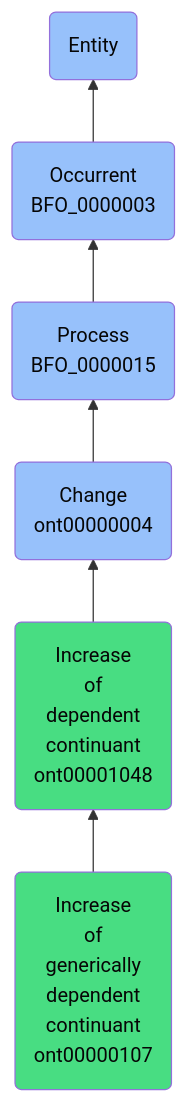
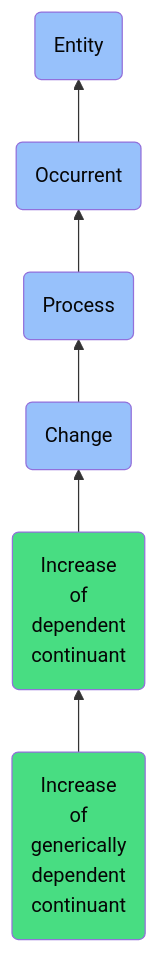
Before and after one commit to jupyter-naas/abi: the diagram in docs/ontology/reference/model/Entity/Occurrent/Process/Change/Increase of dependent continuant/Increase of generically dependent continuant/Increase of generically dependent continuant.md, drawn with Mermaid. The commit also changed other lines of this file and 1430 other files, not shown here.

````diff
--- a/docs/ontology/reference/model/Entity/Occurrent/Process/Change/Increase of dependent continuant/Increase of generically dependent continuant/Increase of generically dependent continuant.md
+++ b/docs/ontology/reference/model/Entity/Occurrent/Process/Change/Increase of dependent continuant/Increase of generically dependent continuant/Increase of generically dependent continuant.md
@@ -24,13 +24,13 @@
 ```mermaid
 graph BT
-    ont00000107(Increase<br>of<br>generically<br>dependent<br>continuant<br>ont00000107):::ABI-->ont00001048
-    ont00001048(Increase<br>of<br>dependent<br>continuant<br>ont00001048):::ABI-->ont00000004
-    ont00000004(Change<br>ont00000004):::BFO-->BFO_0000015
-    BFO_0000015(Process<br>BFO_0000015):::BFO-->BFO_0000003
-    BFO_0000003(Occurrent<br>BFO_0000003):::BFO-->BFO_0000001
+    ont00000107(Increase<br>of<br>generically<br>dependent<br>continuant):::ABI-->ont00001048
+    ont00001048(Increase<br>of<br>dependent<br>continuant):::ABI-->ont00000004
+    ont00000004(Change):::BFO-->BFO_0000015
+    BFO_0000015(Process):::BFO-->BFO_0000003
+    BFO_0000003(Occurrent):::BFO-->BFO_0000001
     BFO_0000001(Entity):::BFO
     
     classDef BFO fill:#97c1fb,color:#060606
     classDef CCO fill:#e4c51e,color:#060606
     classDef ABI fill:#48DD82,color:#060606
 ```
````
